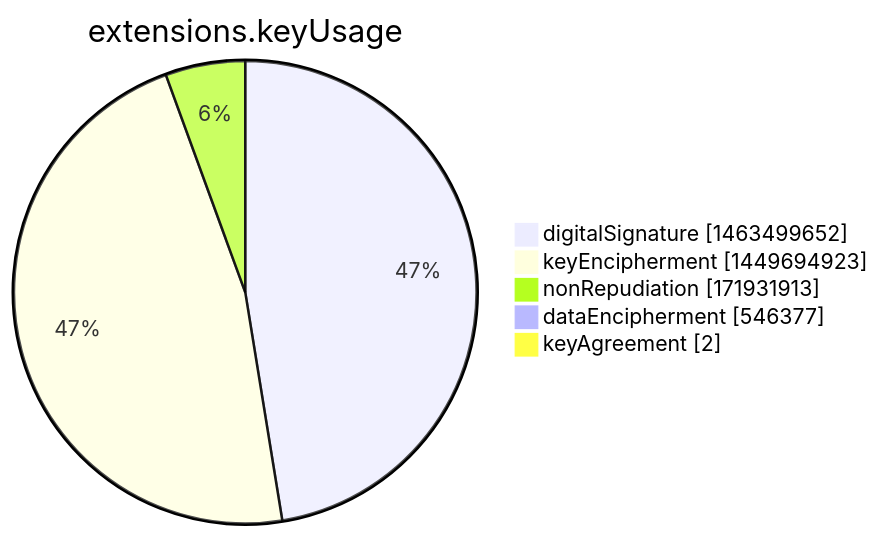
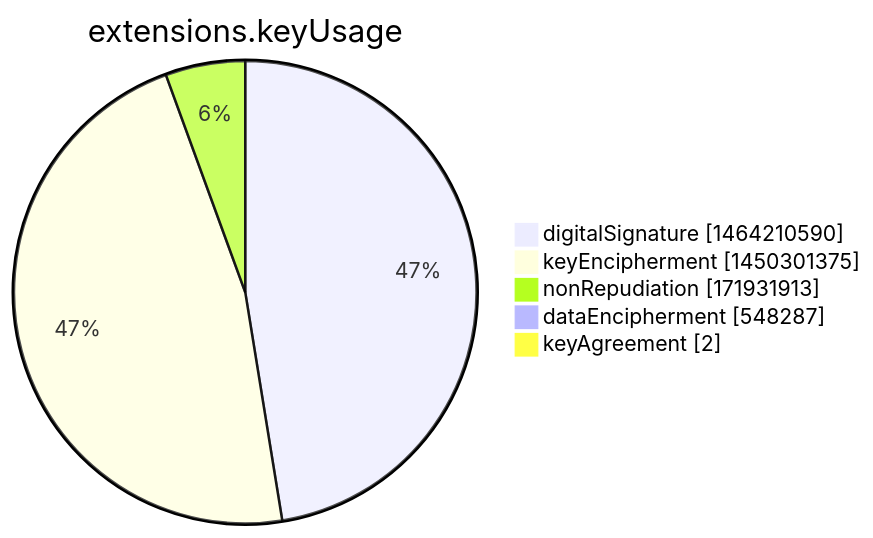
The seventh of 15 diagrams in argon2022/README.md (christiankrug/ctmonitor_visualization), drawn with Mermaid before and after one commit. The commit also changed other lines of this file, not shown here.

````diff
--- a/argon2022/README.md
+++ b/argon2022/README.md
@@ -2751,9 +2751,9 @@
 ```mermaid
 pie showData
 title extensions.keyUsage
-"digitalSignature" :1463499652
-"keyEncipherment" :1449694923
+"digitalSignature" :1464210590
+"keyEncipherment" :1450301375
 "nonRepudiation" :171931913
-"dataEncipherment" :546377
+"dataEncipherment" :548287
 "keyAgreement" :2
 ```
````
